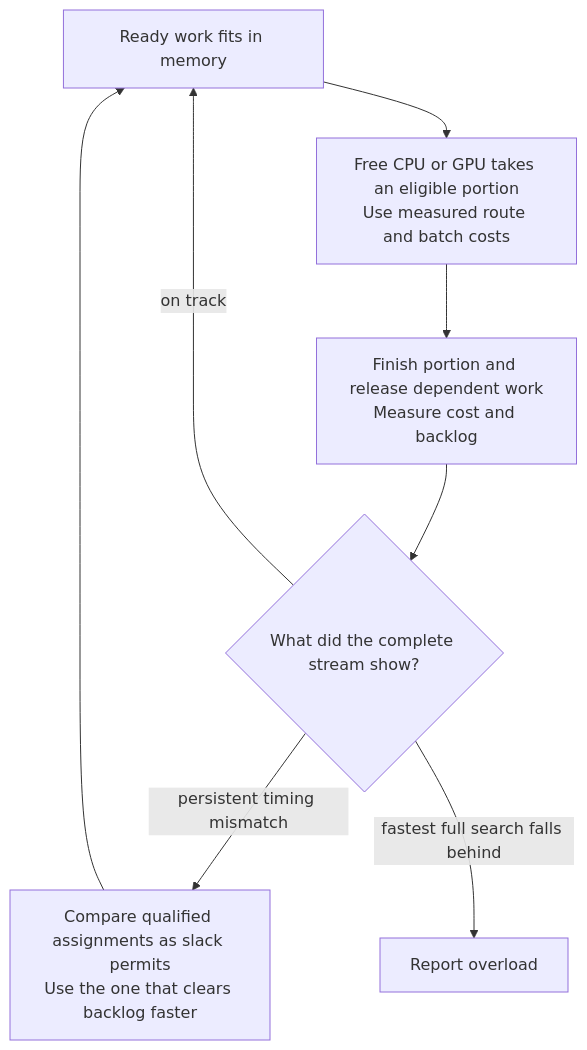
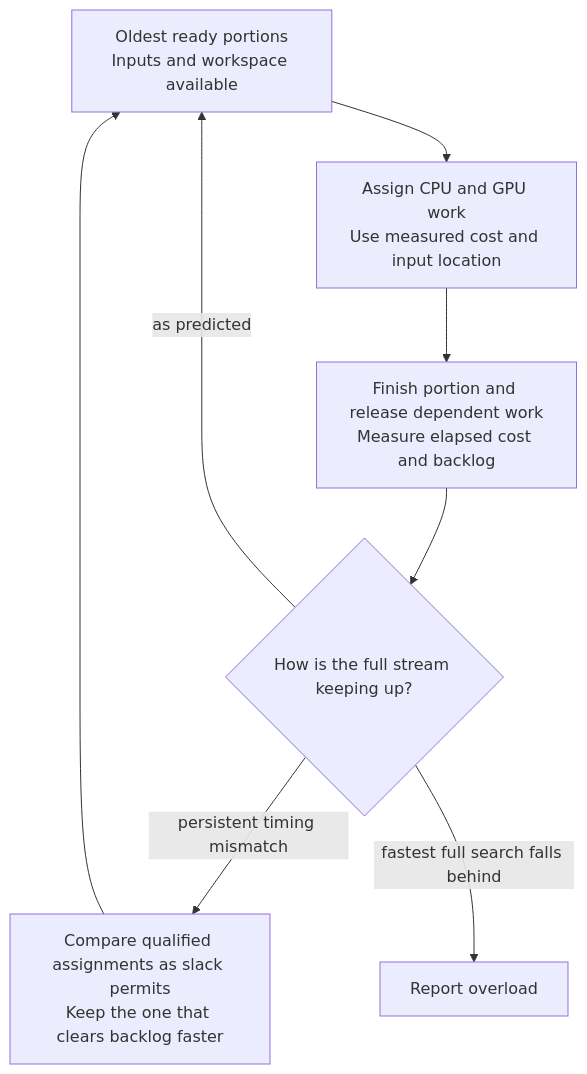
Before and after one commit to mirage335-colossus/pumpModem: the third of 3 diagrams in _appraisal/matrixModem-FSK.md, drawn with Mermaid. The commit also changed other lines of this file and 4 other files, not shown here.

````diff
--- a/_appraisal/matrixModem-FSK.md
+++ b/_appraisal/matrixModem-FSK.md
@@ -123,10 +152,10 @@
 ```mermaid
 flowchart TD
-    ready["Ready work fits in memory"] --> assign["Free CPU or GPU takes an eligible portion<br/>Use measured route and batch costs"]
-    assign --> done["Finish portion and release dependent work<br/>Measure cost and backlog"]
-    done --> balance{"What did the complete stream show?"}
-    balance -->|on track| ready
-    balance -->|persistent timing mismatch| test["Compare qualified assignments as slack permits<br/>Use the one that clears backlog faster"]
+    ready["Oldest ready portions<br/>Inputs and workspace available"] --> assign["Assign CPU and GPU work<br/>Use measured cost and input location"]
+    assign --> done["Finish portion and release dependent work<br/>Measure elapsed cost and backlog"]
+    done --> balance{"How is the full stream keeping up?"}
+    balance -->|as predicted| ready
+    balance -->|persistent timing mismatch| test["Compare qualified assignments as slack permits<br/>Keep the one that clears backlog faster"]
     test --> ready
     balance -->|fastest full search falls behind| overload["Report overload"]
 ```
````
